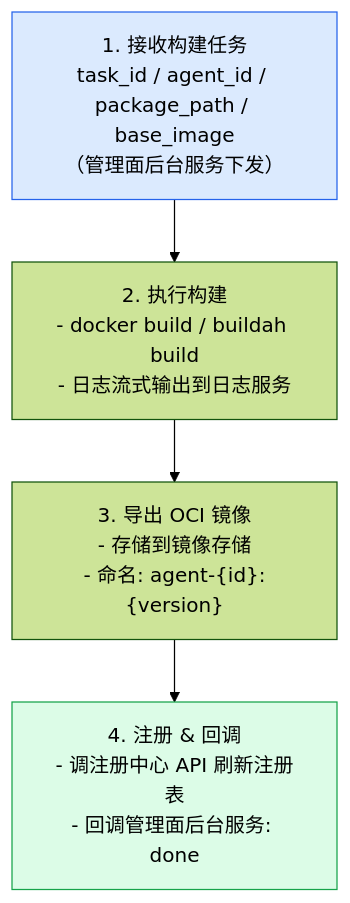
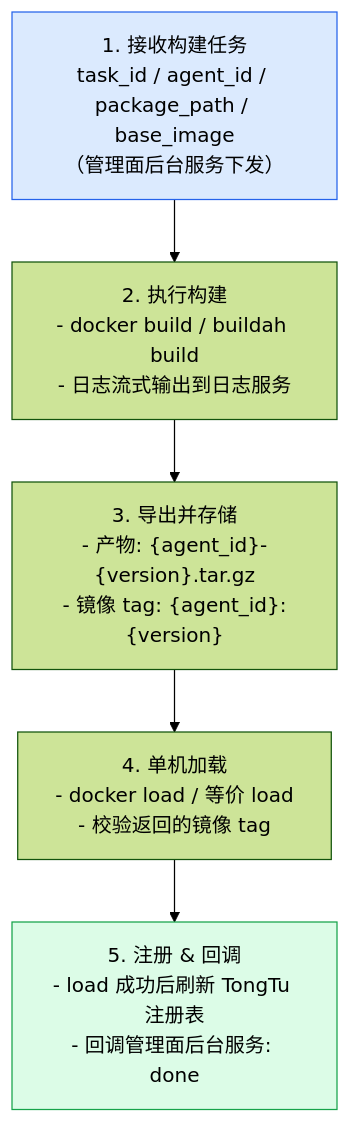
One commit to csoulnd/InferTechNote changed the third of 3 diagrams in codeagent/docs/design/claude-code-offline-install.md. Above: the diagram before and after it, drawn with Mermaid (forest theme). The commit also changed other lines of this file, not shown here.

Commit message:
docs: clarify single-node image registration flow

````diff
--- a/codeagent/docs/design/claude-code-offline-install.md
+++ b/codeagent/docs/design/claude-code-offline-install.md
@@ -381,12 +388,13 @@
 ```mermaid
 flowchart TD
     S1["1. 接收构建任务<br/>task_id / agent_id / package_path / base_image<br/>（管理面后台服务下发）"]
     S2["2. 执行构建<br/>- docker build / buildah build<br/>- 日志流式输出到日志服务"]
-    S3["3. 导出 OCI 镜像<br/>- 存储到镜像存储<br/>- 命名: agent-{id}:{version}"]
-    S4["4. 注册 & 回调<br/>- 调注册中心 API 刷新注册表<br/>- 回调管理面后台服务: done"]
+    S3["3. 导出并存储<br/>- 产物: {agent_id}-{version}.tar.gz<br/>- 镜像 tag: {agent_id}:{version}"]
+    S4["4. 单机加载<br/>- docker load / 等价 load<br/>- 校验返回的镜像 tag"]
+    S5["5. 注册 & 回调<br/>- load 成功后刷新 TongTu 注册表<br/>- 回调管理面后台服务: done"]
 
-    S1 --> S2 --> S3 --> S4
+    S1 --> S2 --> S3 --> S4 --> S5
 
     style S1 fill:#dbeafe,stroke:#2563eb
-    style S4 fill:#dcfce7,stroke:#16a34a
+    style S5 fill:#dcfce7,stroke:#16a34a
 ```
````
